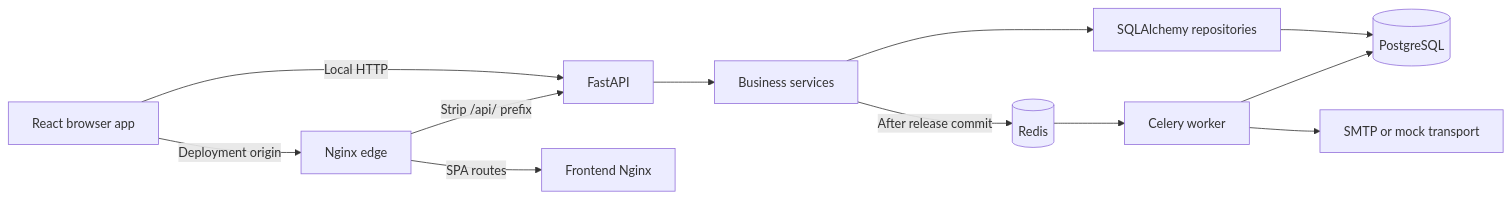
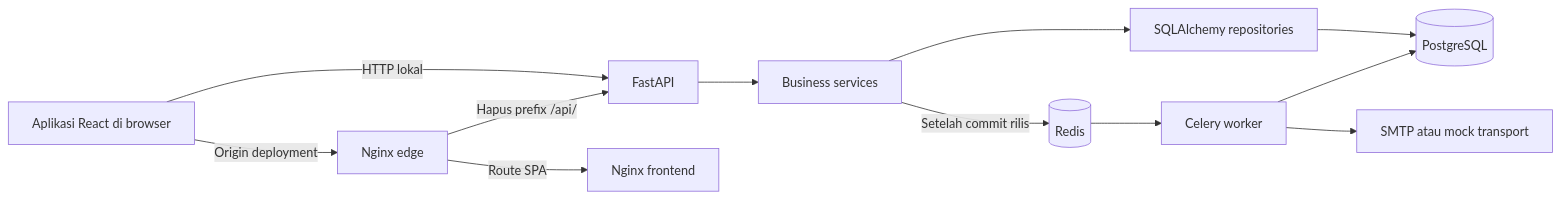
The first of 2 diagrams in docs/architecture.md (yuridimas/sistem-input-dan-rekap-nilai), drawn with Mermaid before and after one commit. The commit also changed other lines of this file and 10 other files, not shown here.

````diff
--- a/docs/architecture.md
+++ b/docs/architecture.md
@@ -5,14 +5,14 @@
 ```mermaid
 flowchart LR
-    Browser[React browser app] -->|Local HTTP| API[FastAPI]
-    Browser -->|Deployment origin| Edge[Nginx edge]
-    Edge -->|SPA routes| Web[Frontend Nginx]
-    Edge -->|Strip /api/ prefix| API
+    Browser[Aplikasi React di browser] -->|HTTP lokal| API[FastAPI]
+    Browser -->|Origin deployment| Edge[Nginx edge]
+    Edge -->|Route SPA| Web[Nginx frontend]
+    Edge -->|Hapus prefix /api/| API
     API --> Services[Business services]
     Services --> Repositories[SQLAlchemy repositories]
     Repositories --> DB[(PostgreSQL)]
-    Services -->|After release commit| Broker[(Redis)]
+    Services -->|Setelah commit rilis| Broker[(Redis)]
     Broker --> Worker[Celery worker]
     Worker --> DB
-    Worker --> SMTP[SMTP or mock transport]
+    Worker --> SMTP[SMTP atau mock transport]
 ```
````
